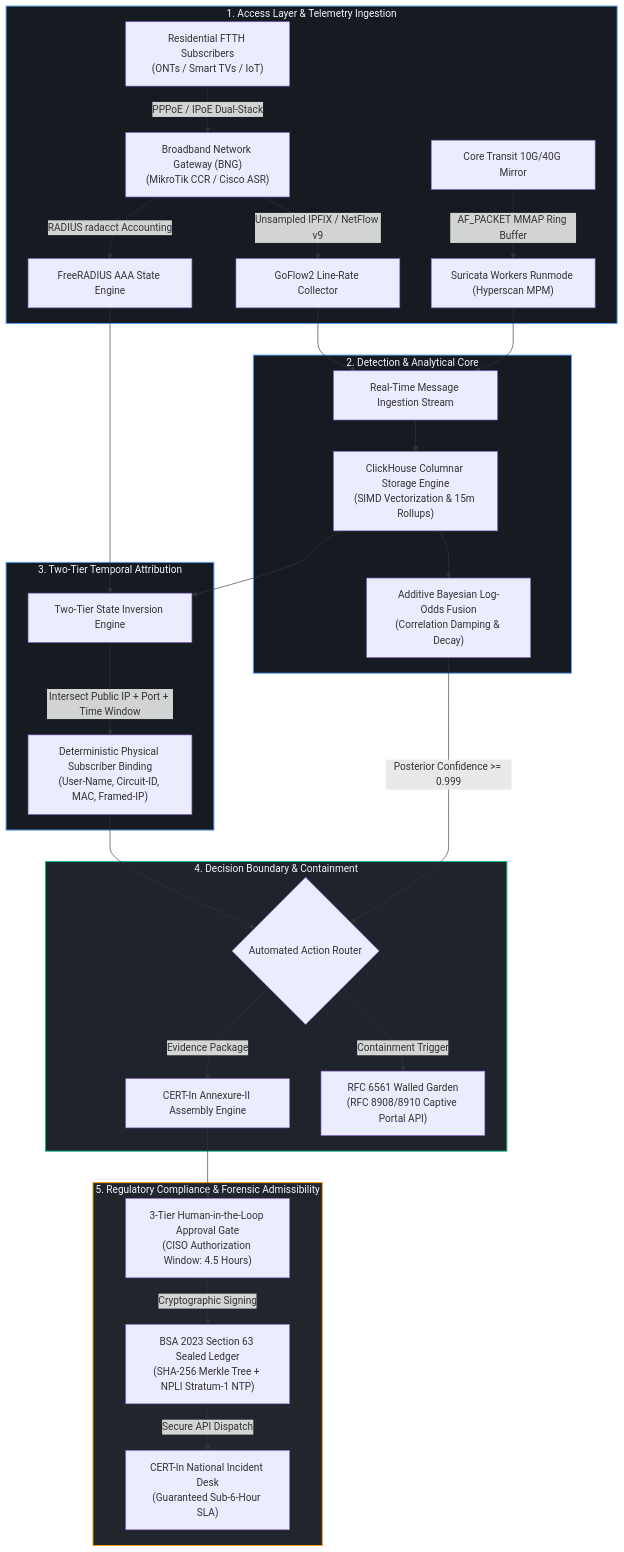
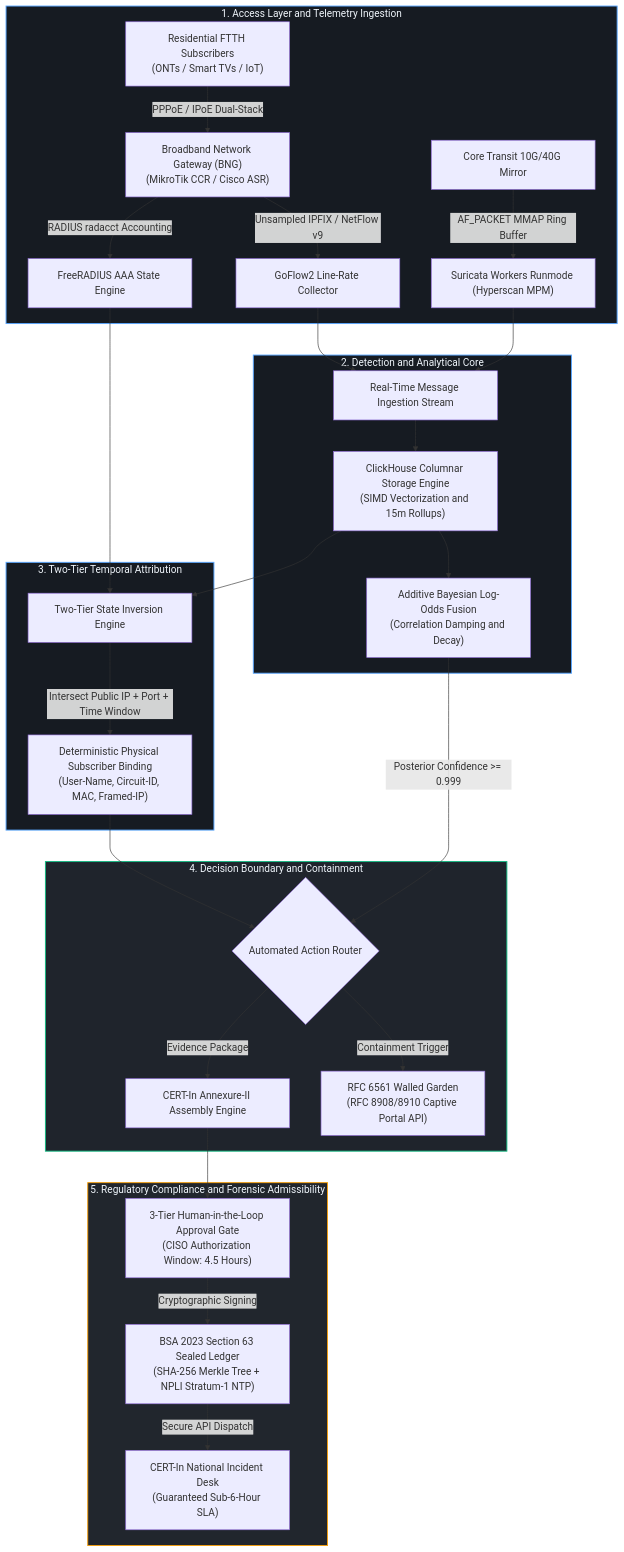
Before and after one commit to ToxArch/arcus: the diagram in README.md, drawn with Mermaid. The commit also changed other lines of this file, not shown here.

````diff
--- a/README.md
+++ b/README.md
@@ -58,42 +49,42 @@
 ```mermaid
 flowchart TD
-    subgraph AccessLayer ["1. Access Layer & Telemetry Ingestion"]
+    subgraph AccessLayer ["1. Access Layer and Telemetry Ingestion"]
         ONT["Residential FTTH Subscribers<br/>(ONTs / Smart TVs / IoT)"] -->|PPPoE / IPoE Dual-Stack| BNG["Broadband Network Gateway (BNG)<br/>(MikroTik CCR / Cisco ASR)"]
         BNG -->|Unsampled IPFIX / NetFlow v9| Collector["GoFlow2 Line-Rate Collector"]
         BNG -->|RADIUS radacct Accounting| RadiusEngine["FreeRADIUS AAA State Engine"]
         CoreLink["Core Transit 10G/40G Mirror"] -->|AF_PACKET MMAP Ring Buffer| DPI["Suricata Workers Runmode (Hyperscan MPM)"]
     end
 
-    subgraph AnalyticalEngine ["2. Detection & Analytical Core"]
+    subgraph AnalyticalEngine ["2. Detection and Analytical Core"]
         Collector --> KafkaStream["Real-Time Message Ingestion Stream"]
         DPI --> KafkaStream
-        KafkaStream --> ClickHouse["ClickHouse Columnar Storage Engine<br/>(SIMD Vectorization & 15m Rollups)"]
-        ClickHouse --> Bayes["Additive Bayesian Log-Odds Fusion<br/>(Correlation Damping & Decay)"]
+        KafkaStream --> ClickHouse["ClickHouse Columnar Storage Engine<br/>(SIMD Vectorization and 15m Rollups)"]
+        ClickHouse --> Bayes["Additive Bayesian Log-Odds Fusion<br/>(Correlation Damping and Decay)"]
     end
 
     subgraph AttributionCore ["3. Two-Tier Temporal Attribution"]
         RadiusEngine --> NatIntersector["Two-Tier State Inversion Engine"]
         ClickHouse --> NatIntersector
         NatIntersector -->|"Intersect Public IP + Port + Time Window"| SubID["Deterministic Physical Subscriber Binding<br/>(User-Name, Circuit-ID, MAC, Framed-IP)"]
     end
 
-    subgraph DecisionBoundary ["4. Decision Boundary & Containment"]
+    subgraph DecisionBoundary ["4. Decision Boundary and Containment"]
         Bayes -->|"Posterior Confidence >= 0.999"| ActionRouter{"Automated Action Router"}
         SubID --> ActionRouter
         ActionRouter -->|Containment Trigger| WalledGarden["RFC 6561 Walled Garden<br/>(RFC 8908/8910 Captive Portal API)"]
         ActionRouter -->|Evidence Package| ComplianceQueue["CERT-In Annexure-II Assembly Engine"]
     end
 
-    subgraph ComplianceSovereign ["5. Regulatory Compliance & Forensic Admissibility"]
+    subgraph ComplianceSovereign ["5. Regulatory Compliance and Forensic Admissibility"]
         ComplianceQueue --> HumanGate["3-Tier Human-in-the-Loop Approval Gate<br/>(CISO Authorization Window: 4.5 Hours)"]
         HumanGate -->|Cryptographic Signing| MerkleSeal["BSA 2023 Section 63 Sealed Ledger<br/>(SHA-256 Merkle Tree + NPLI Stratum-1 NTP)"]
         MerkleSeal -->|Secure API Dispatch| SovereignAuthority["CERT-In National Incident Desk<br/>(Guaranteed Sub-6-Hour SLA)"]
     end
 
     classDef primary fill:#161b22,stroke:#58a6ff,stroke-width:1.5px,color:#f0f6fc;
     classDef highlight fill:#1f242c,stroke:#10b981,stroke-width:1.5px,color:#f0f6fc;
     classDef warning fill:#21262d,stroke:#f59e0b,stroke-width:1.5px,color:#f0f6fc;
     class AccessLayer,AnalyticalEngine,AttributionCore primary;
     class DecisionBoundary highlight;
     class ComplianceSovereign warning;
 ```
````
